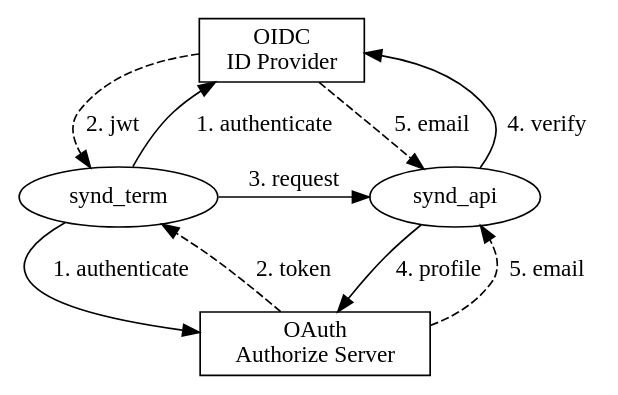
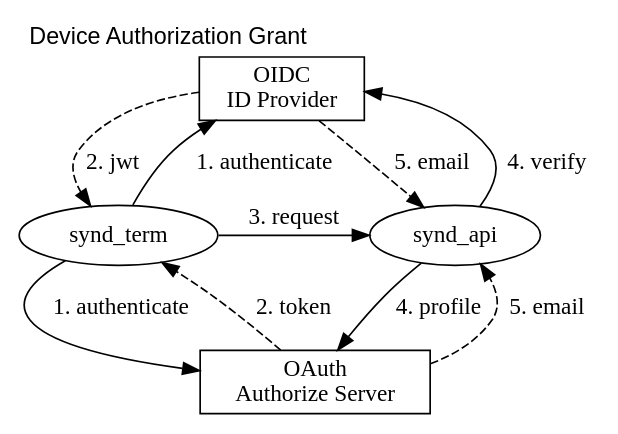
The diagram in etc/dot/authentication.dot (ymgyt/syndicationd), drawn with Graphviz before and after one commit. The commit also changed 1 other file, not shown here.

Commit message:
doc: add label to authentication dot

```diff
--- a/etc/dot/authentication.dot
+++ b/etc/dot/authentication.dot
@@ -1,35 +1,35 @@
 digraph {
     graph [
         layout=dot,
         rankdir=TB,
-        label="",
+        label="Device Authorization Grant",
         labelloc="top", // t(top) | b(bottom)
         labeljust="left", // l(left) | c(center) | r(right)
         fontname="Helvetica,Arial,sans-serif"
         compound=true; 
         newrank=true
     ];
 
     synd_term        [ label="synd_term" shape="ellipse" ]
     synd_api         [ label="synd_api" shape="ellipse" ]
     id_provider      [ label="OIDC\nID Provider", shape="box" ]
     authorize_server [ label="OAuth\nAuthorize Server" shape="box" ]
 
     synd_term -> id_provider [ label="1. authenticate" ]
     id_provider -> synd_term [ label="2. jwt", style="dashed" ]
     synd_term -> authorize_server [ label="1. authenticate" ]
     authorize_server -> synd_term [ label="2. token" style="dashed" ]
 
     synd_term -> synd_api [ label="3. request" ]
 
     synd_api -> id_provider [ label="4. verify" ]
     id_provider -> synd_api [ label="5. email" style="dashed" ]
     synd_api -> authorize_server [ label="4. profile" ]
     authorize_server -> synd_api [ label="5. email" style="dashed" ]
 
     { rank=min; id_provider; }
     { rank=same; synd_term; synd_api; }
     { rank=max; authorize_server; }
 
 
 }
```
